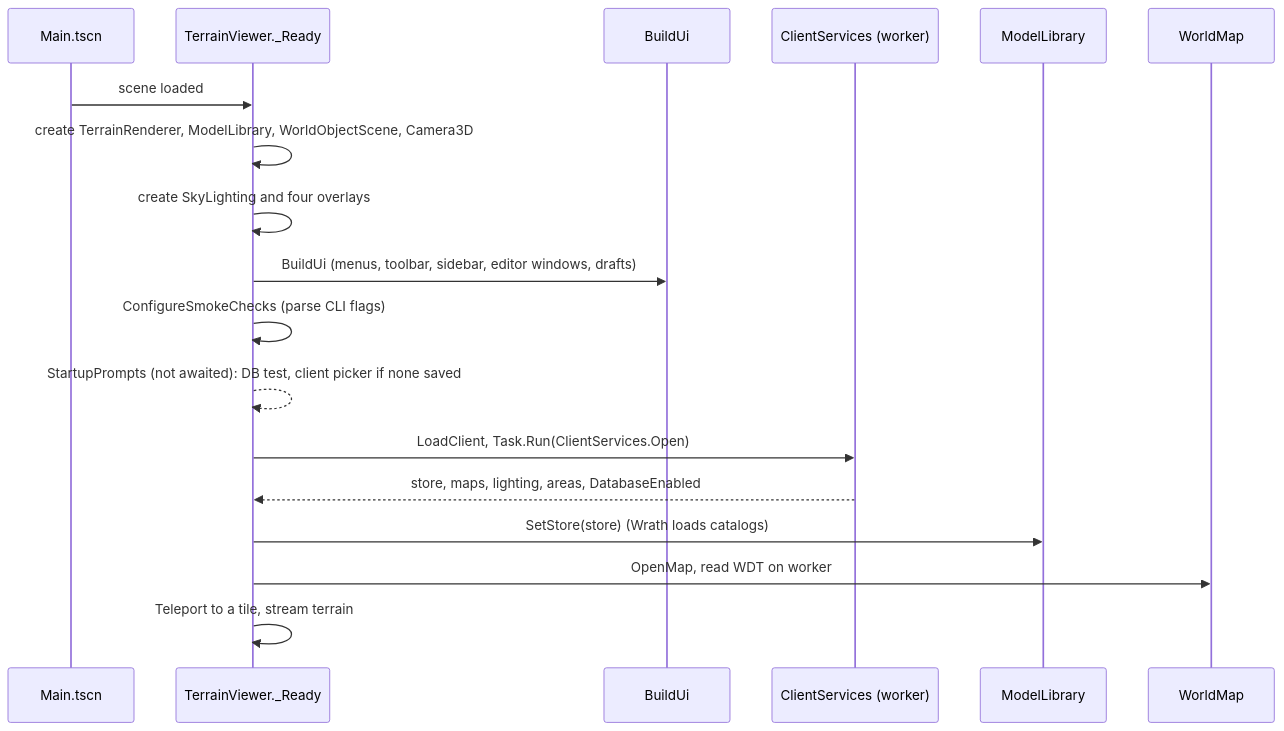
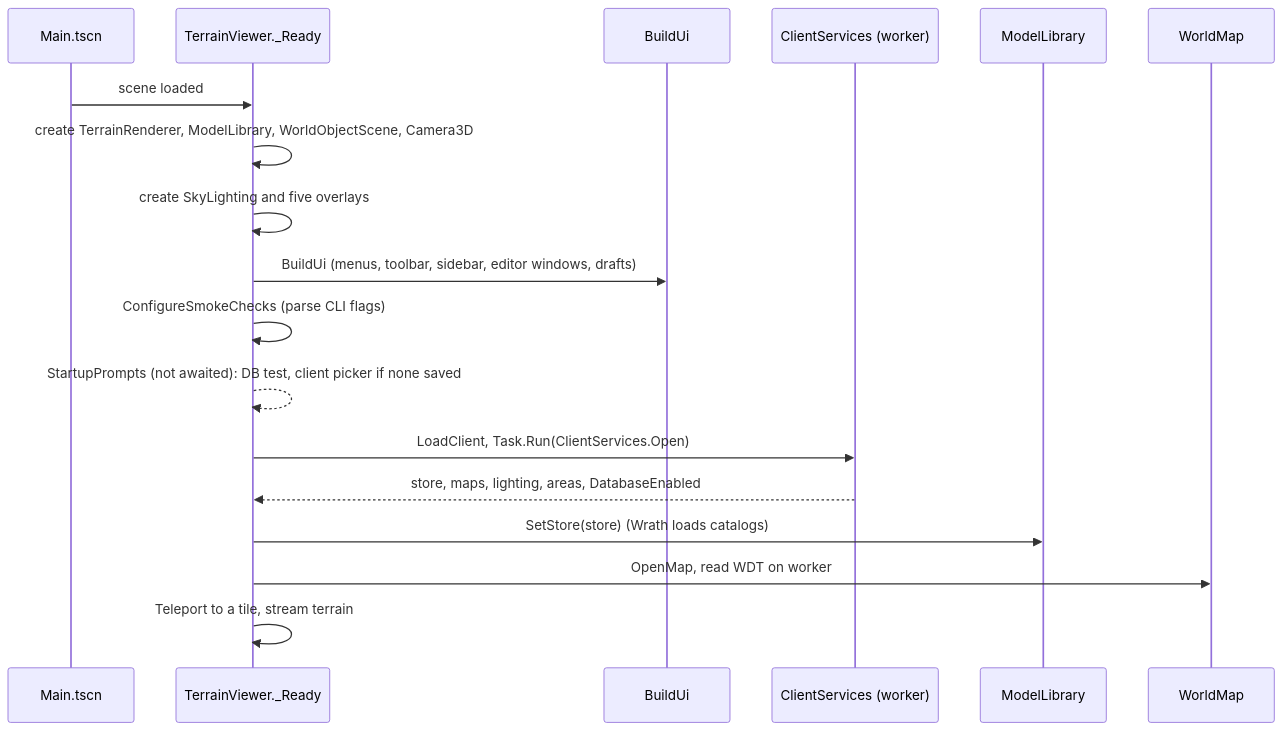
One commit to glitterfartz/ac-world-edit changed the first of 3 diagrams in docs/architecture/viewer-runtime.md. Above: the diagram before and after it, drawn with Mermaid. The commit also changed other lines of this file and 6 other files, not shown here.

````diff
--- a/docs/architecture/viewer-runtime.md
+++ b/docs/architecture/viewer-runtime.md
@@ -9,21 +9,21 @@
 ```mermaid
 sequenceDiagram
     participant Main as Main.tscn
     participant TV as TerrainViewer._Ready
     participant UI as BuildUi
     participant CS as ClientServices (worker)
     participant M as ModelLibrary
     participant W as WorldMap
 
     Main->>TV: scene loaded
     TV->>TV: create TerrainRenderer, ModelLibrary, WorldObjectScene, Camera3D
-    TV->>TV: create SkyLighting and four overlays
+    TV->>TV: create SkyLighting and five overlays
     TV->>UI: BuildUi (menus, toolbar, sidebar, editor windows, drafts)
     TV->>TV: ConfigureSmokeChecks (parse CLI flags)
     TV-->>TV: StartupPrompts (not awaited): DB test, client picker if none saved
     TV->>CS: LoadClient, Task.Run(ClientServices.Open)
     CS-->>TV: store, maps, lighting, areas, DatabaseEnabled
     TV->>M: SetStore(store) (Wrath loads catalogs)
     TV->>W: OpenMap, read WDT on worker
     TV->>TV: Teleport to a tile, stream terrain
 ```
````
